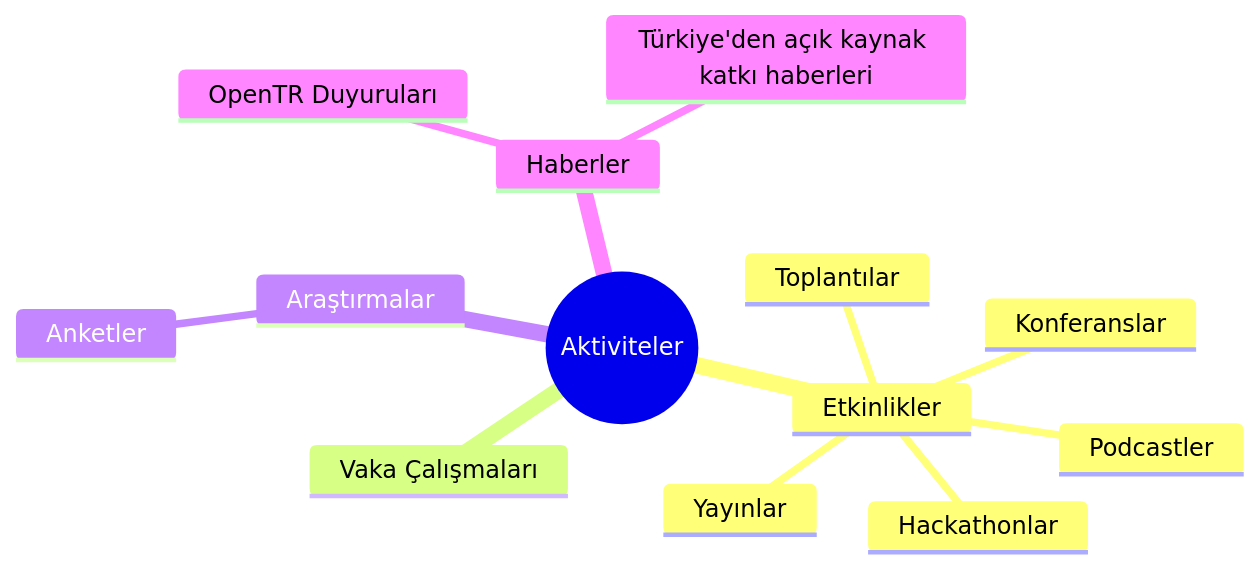
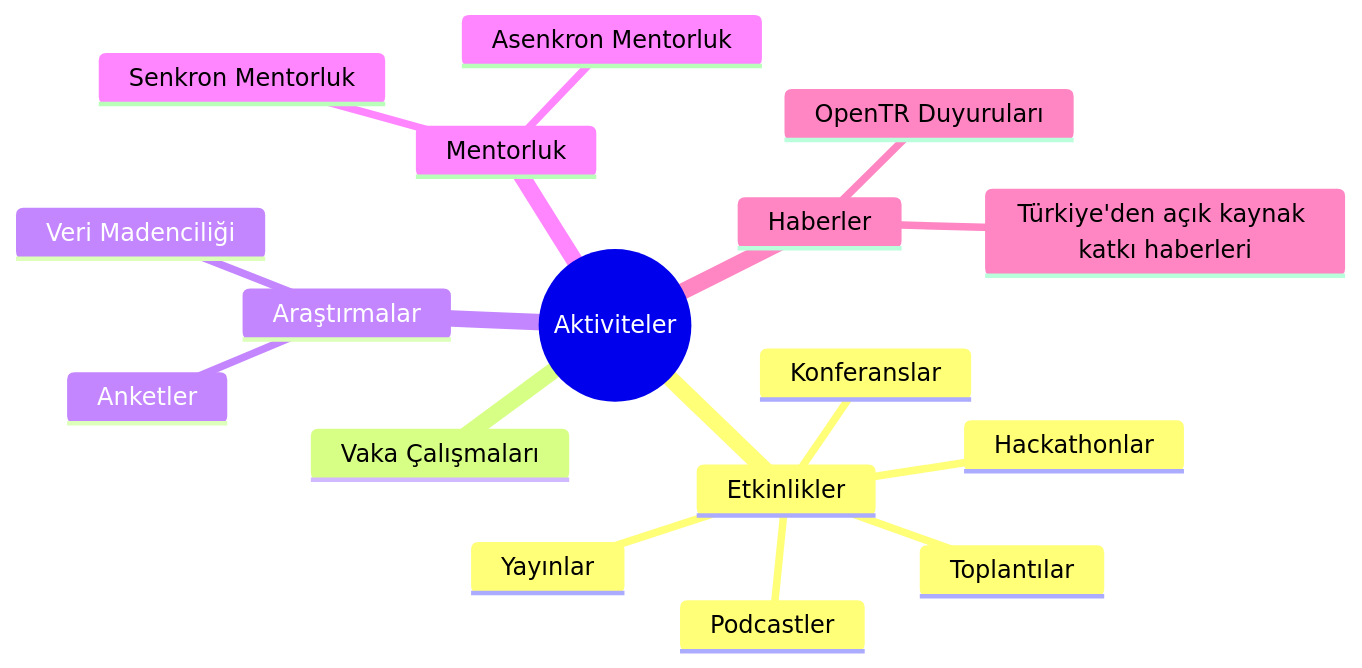
One commit to OpenTRFoundation/OpenTR changed the sixth of 8 diagrams in content/tr/docs/about/strategy.md. Above: the diagram before and after it, drawn with Mermaid. The commit also changed other lines of this file and 56 other files, not shown here.

````diff
--- a/content/tr/docs/about/strategy.md
+++ b/content/tr/docs/about/strategy.md
@@ -202,28 +203,36 @@
 ```mermaid
 mindmap
 ((Aktiviteler))
   Etkinlikler
   ::icon(fa fa-calendar)
     Toplantılar
     ::icon(fa fa-users)
     Konferanslar
     ::icon(fa fa-microphone)
     Hackathonlar
     ::icon(fa fa-laptop-code)
     Yayınlar
     ::icon(fa fa-video)
     Podcastler
     ::icon(fa fa-podcast)
   Vaka Çalışmaları
   ::icon(fa fa-project-diagram)
   Araştırmalar
   ::icon(fa fa-search)
     Anketler
     ::icon(fa fa-clipboard-list)
+    Veri Madenciliği
+    ::icon(fa fa-database)
+  Mentorluk
+  ::icon(fa fa-chalkboard-teacher)
+    Senkron Mentorluk
+    ::icon(fa fa-user-graduate)
+    Asenkron Mentorluk
+    ::icon(fa fa-user-graduate)
   Haberler
     ::icon(fa fa-newspaper)
     OpenTR Duyuruları
     ::icon(fa fa-bullhorn)
     Türkiye'den açık kaynak katkı haberleri
     ::icon(fa fa-bullhorn)
 ```
````
